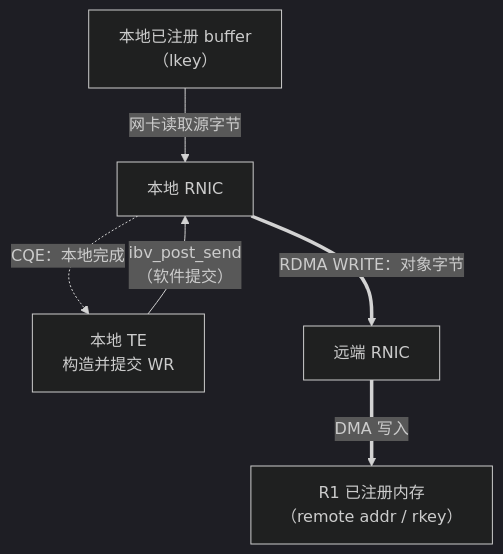
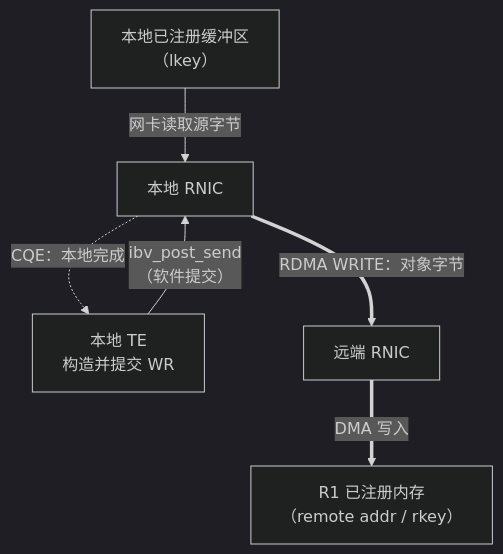
One commit to Hansyangxingxiang/Mooncake changed the second of 2 diagrams in mooncake-kv-cache-series/wechat/07-rdma-data-path.md. Above: the diagram before and after it, drawn with Mermaid (dark theme). The commit also changed other lines of this file and 23 other files, not shown here.

````diff
--- a/mooncake-kv-cache-series/wechat/07-rdma-data-path.md
+++ b/mooncake-kv-cache-series/wechat/07-rdma-data-path.md
@@ -64,13 +66,13 @@
 ```mermaid
 flowchart TB
-    BUF["本地已注册 buffer<br/>（lkey）"]
+    BUF["本地已注册缓冲区<br/>（lkey）"]
     LT["本地 TE<br/>构造并提交 WR"]
     LR["本地 RNIC"]
     RR["远端 RNIC"]
     RM["R1 已注册内存<br/>（remote addr / rkey）"]
     BUF -->|"网卡读取源字节"| LR
     LT -->|"ibv_post_send<br/>（软件提交）"| LR
     LR ==>|"RDMA WRITE：对象字节"| RR
     RR ==>|"DMA 写入"| RM
     LR -.->|"CQE：本地完成"| LT
 ```
````
